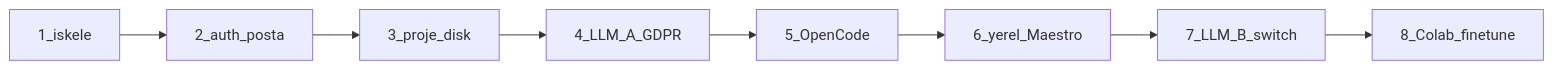
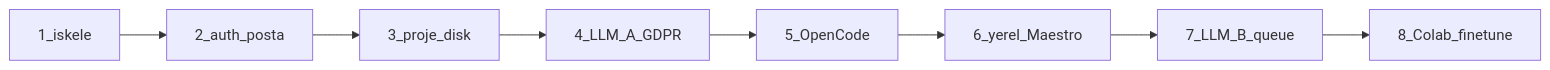
One commit to emrahyasinisik/Cherry changed the diagram in docs/build-order.md. Above: the diagram before and after it, drawn with Mermaid. The commit also changed other lines of this file and 14 other files, not shown here.

````diff
--- a/docs/build-order.md
+++ b/docs/build-order.md
@@ -7,10 +7,10 @@
 ```mermaid
 flowchart LR
   S1[1_iskele] --> S2[2_auth_posta]
   S2 --> S3[3_proje_disk]
   S3 --> S4[4_LLM_A_GDPR]
   S4 --> S5[5_OpenCode]
   S5 --> S6[6_yerel_Maestro]
-  S6 --> S7[7_LLM_B_switch]
+  S6 --> S7[7_LLM_B_queue]
   S7 --> S8[8_Colab_finetune]
 ```
````
